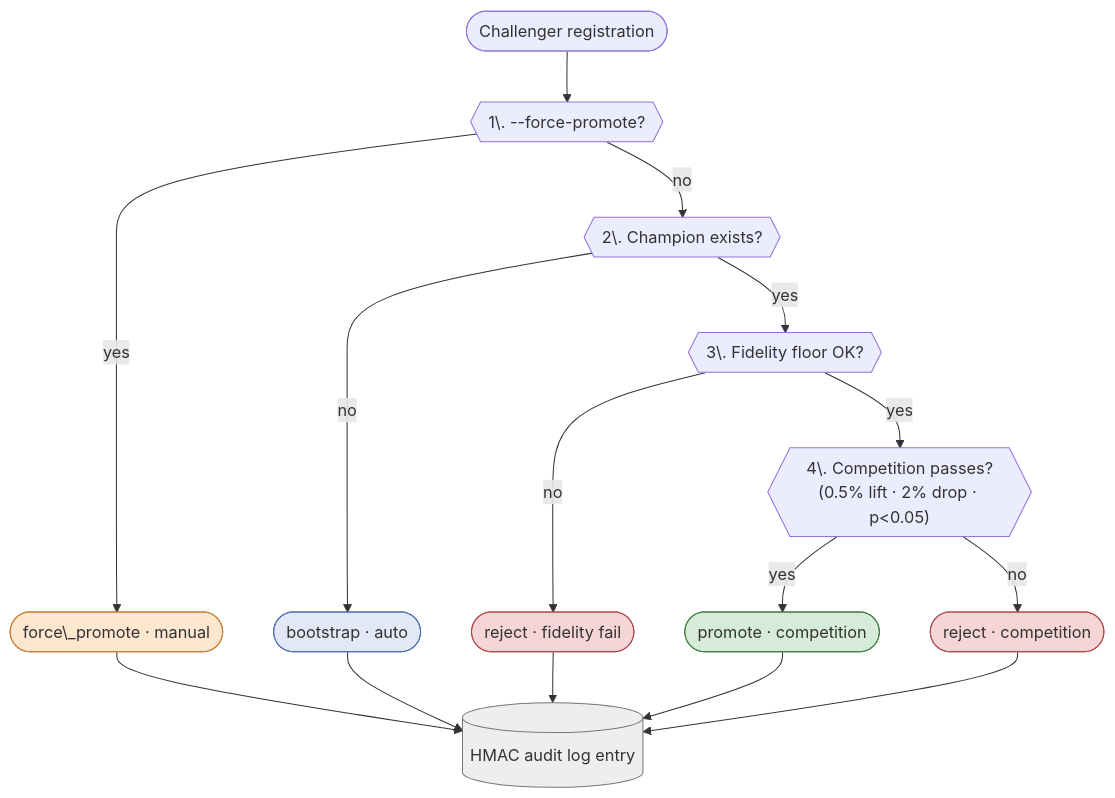
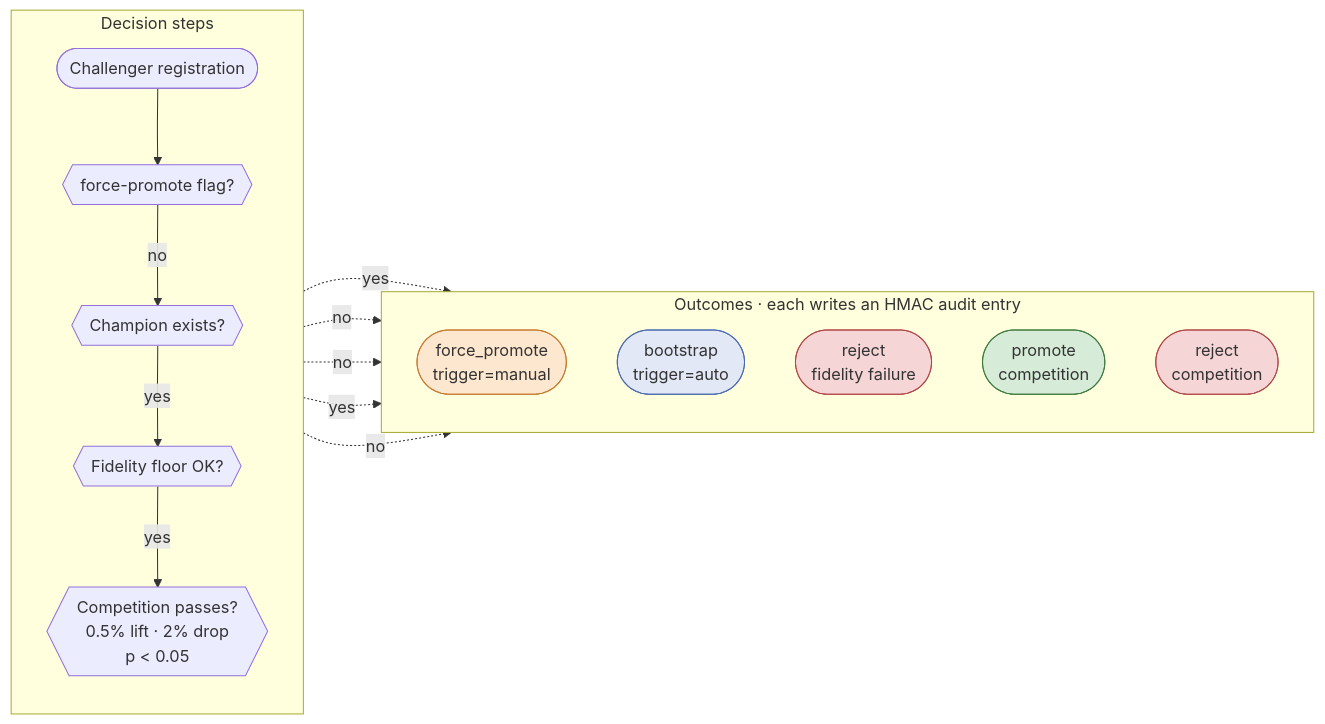
The diagram in src/content/posts/2026-04-21-mrm-ep2-champion-challenger-en.md (bluethestyle/bluethestyle.github.io), drawn with Mermaid before and after one commit. The commit also changed other lines of this file and 1 other file, not shown here.

Commit message:
viz(mrm-2): restructure decision-gate diagram for narrow column
Prior TB flowchart fanned 5 outcome nodes at the bottom and pushed
text below legibility in the ~520px post column. Restructure as LR
outer with two TB subgraphs — decision spine on the left, outcomes
column on the right. Each node now has roughly half the post width
instead of a fifth, so labels render at full size. Also drop the
single HMAC audit-entry node (which forced all five outcomes to
converge at the bottom row) and state the audit invariant in prose
immediately after the diagram instead.

Side-effects: "p<0.05" → "p &lt; 0.05" to avoid Mermaid parsing the
less-than. Numeric step prefixes ("1\.") removed — they had rendered
literally with the backslash visible; step numbers survive in the
prose walkthrough below the diagram.

````diff
--- a/src/content/posts/2026-04-21-mrm-ep2-champion-challenger-en.md
+++ b/src/content/posts/2026-04-21-mrm-ep2-champion-challenger-en.md
@@ -54,36 +54,34 @@
 ```mermaid
-flowchart TB
-  start([Challenger registration])
-  q1{{"1\. --force-promote?"}}
-  q2{{"2\. Champion exists?"}}
-  q3{{"3\. Fidelity floor OK?"}}
-  q4{{"4\. Competition passes?<br/>(0.5% lift · 2% drop · p<0.05)"}}
-  d1([force\_promote · manual])
-  d2([bootstrap · auto])
-  d3([reject · fidelity fail])
-  d4a([promote · competition])
-  d4b([reject · competition])
-  audit[("HMAC audit log entry")]
-
-  start --> q1
-  q1 -- yes --> d1
-  q1 -- no --> q2
-  q2 -- no --> d2
-  q2 -- yes --> q3
-  q3 -- no --> d3
-  q3 -- yes --> q4
-  q4 -- yes --> d4a
-  q4 -- no --> d4b
-  d1 --> audit
-  d2 --> audit
-  d3 --> audit
-  d4a --> audit
-  d4b --> audit
+flowchart LR
+  subgraph D [Decision steps]
+    direction TB
+    start([Challenger registration])
+    q1{{"force-promote flag?"}}
+    q2{{"Champion exists?"}}
+    q3{{"Fidelity floor OK?"}}
+    q4{{"Competition passes?<br/>0.5% lift · 2% drop<br/>p &lt; 0.05"}}
+    start --> q1
+    q1 -- no --> q2
+    q2 -- yes --> q3
+    q3 -- yes --> q4
+  end
+  subgraph O [Outcomes · each writes an HMAC audit entry]
+    direction TB
+    d1([force_promote<br/>trigger=manual])
+    d2([bootstrap<br/>trigger=auto])
+    d3([reject<br/>fidelity failure])
+    d4a([promote<br/>competition])
+    d4b([reject<br/>competition])
+  end
+  q1 -. yes .-> d1
+  q2 -. no .-> d2
+  q3 -. no .-> d3
+  q4 -. yes .-> d4a
+  q4 -. no .-> d4b
 
   style d1 fill:#FDE7CF,stroke:#C77A2E
   style d2 fill:#E2E8F5,stroke:#4A6AB1
   style d3 fill:#F5D5D5,stroke:#B14747
   style d4a fill:#D7ECD8,stroke:#3F7A3F
   style d4b fill:#F5D5D5,stroke:#B14747
-  style audit fill:#EEE,stroke:#777
 ```
````
